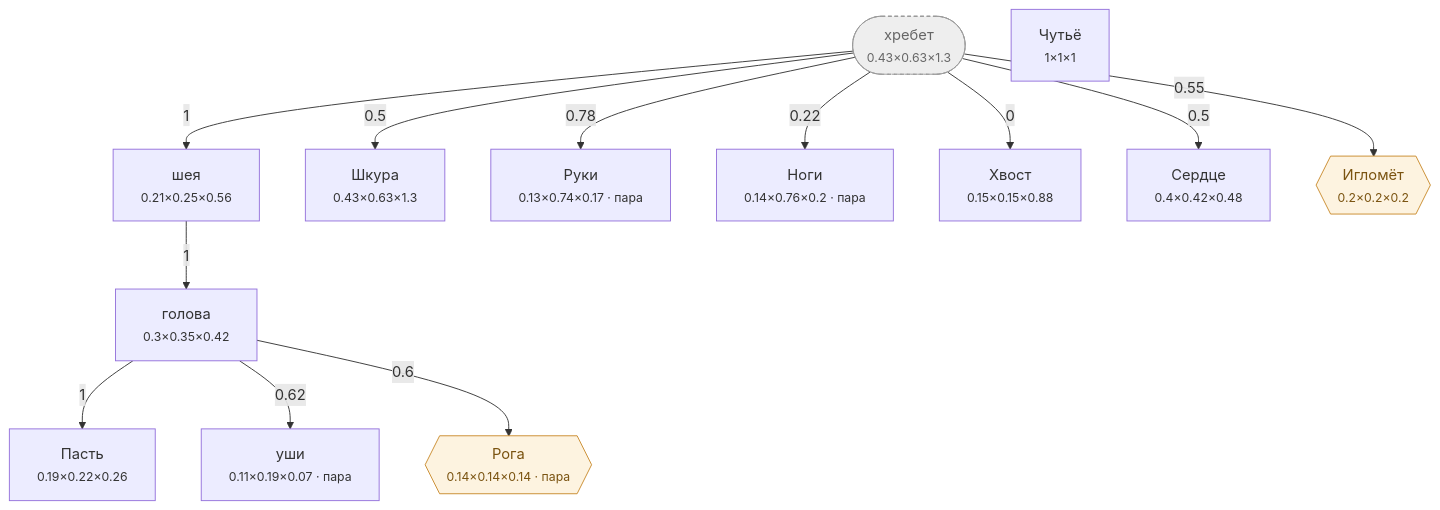
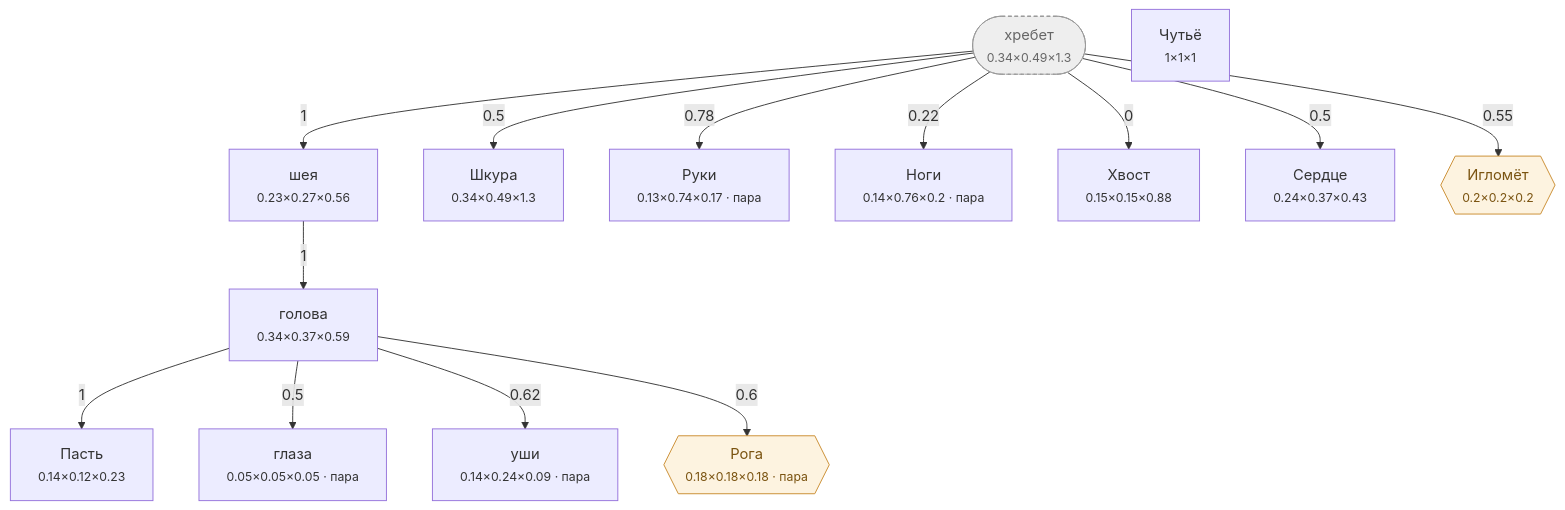
One commit to darklordshish/ChimeraEvolution-2026-06-26_15-29-59 changed the diagram in Docs/Диаграммы/Волк.md. Above: the diagram before and after it, drawn with Mermaid. The commit also changed other lines of this file and 23 other files, not shown here.

````diff
--- a/Docs/Диаграммы/Волк.md
+++ b/Docs/Диаграммы/Волк.md
@@ -21,34 +22,36 @@
 ```mermaid
 flowchart TD
-    n0(["хребет<br/><small>0.43×0.63×1.3</small>"])
-    n1["голова<br/><small>0.3×0.35×0.42</small>"]
-    n2["Пасть<br/><small>0.19×0.22×0.26</small>"]
-    n3["уши<br/><small>0.11×0.19×0.07 · пара</small>"]
-    n4["шея<br/><small>0.21×0.25×0.56</small>"]
-    n5["Шкура<br/><small>0.43×0.63×1.3</small>"]
-    n6["Руки<br/><small>0.13×0.74×0.17 · пара</small>"]
-    n7["Ноги<br/><small>0.14×0.76×0.2 · пара</small>"]
-    n8["Хвост<br/><small>0.15×0.15×0.88</small>"]
-    n9["Сердце<br/><small>0.4×0.42×0.48</small>"]
-    n10["Чутьё<br/><small>1×1×1</small>"]
-    n11{{"Рога<br/><small>0.14×0.14×0.14 · пара</small>"}}
-    n12{{"Игломёт<br/><small>0.2×0.2×0.2</small>"}}
+    n0(["хребет<br/><small>0.34×0.49×1.3</small>"])
+    n1["голова<br/><small>0.34×0.37×0.59</small>"]
+    n2["Пасть<br/><small>0.14×0.12×0.23</small>"]
+    n3["глаза<br/><small>0.05×0.05×0.05 · пара</small>"]
+    n4["уши<br/><small>0.14×0.24×0.09 · пара</small>"]
+    n5["шея<br/><small>0.23×0.27×0.56</small>"]
+    n6["Шкура<br/><small>0.34×0.49×1.3</small>"]
+    n7["Руки<br/><small>0.13×0.74×0.17 · пара</small>"]
+    n8["Ноги<br/><small>0.14×0.76×0.2 · пара</small>"]
+    n9["Хвост<br/><small>0.15×0.15×0.88</small>"]
+    n10["Сердце<br/><small>0.24×0.37×0.43</small>"]
+    n11["Чутьё<br/><small>1×1×1</small>"]
+    n12{{"Рога<br/><small>0.18×0.18×0.18 · пара</small>"}}
+    n13{{"Игломёт<br/><small>0.2×0.2×0.2</small>"}}
 
-    n4 -->|1| n1
+    n5 -->|1| n1
     n1 -->|1| n2
-    n1 -->|0.62| n3
-    n0 -->|1| n4
-    n0 -->|0.5| n5
-    n0 -->|0.78| n6
-    n0 -->|0.22| n7
-    n0 -->|0| n8
-    n0 -->|0.5| n9
-    n1 -->|0.6| n11
-    n0 -->|0.55| n12
+    n1 -->|0.5| n3
+    n1 -->|0.62| n4
+    n0 -->|1| n5
+    n0 -->|0.5| n6
+    n0 -->|0.78| n7
+    n0 -->|0.22| n8
+    n0 -->|0| n9
+    n0 -->|0.5| n10
+    n1 -->|0.6| n12
+    n0 -->|0.55| n13
 
     classDef hid fill:#eee,stroke:#999,stroke-dasharray:4 3,color:#666
     classDef gr fill:#fdf3e0,stroke:#c98a2b,color:#7a5310
     classDef ch fill:#e8f2ff,stroke:#3b74c4,color:#1c3f70
     class n0 hid
-    class n11,n12 gr
+    class n12,n13 gr
 ```
````
